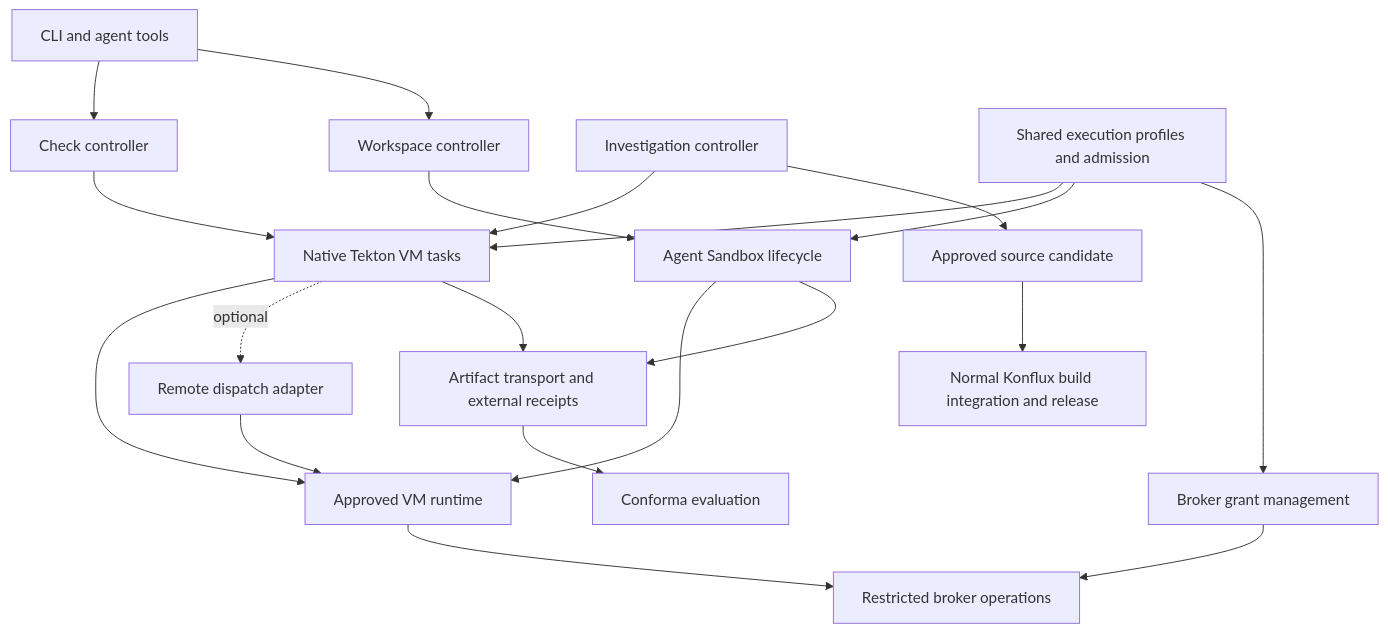
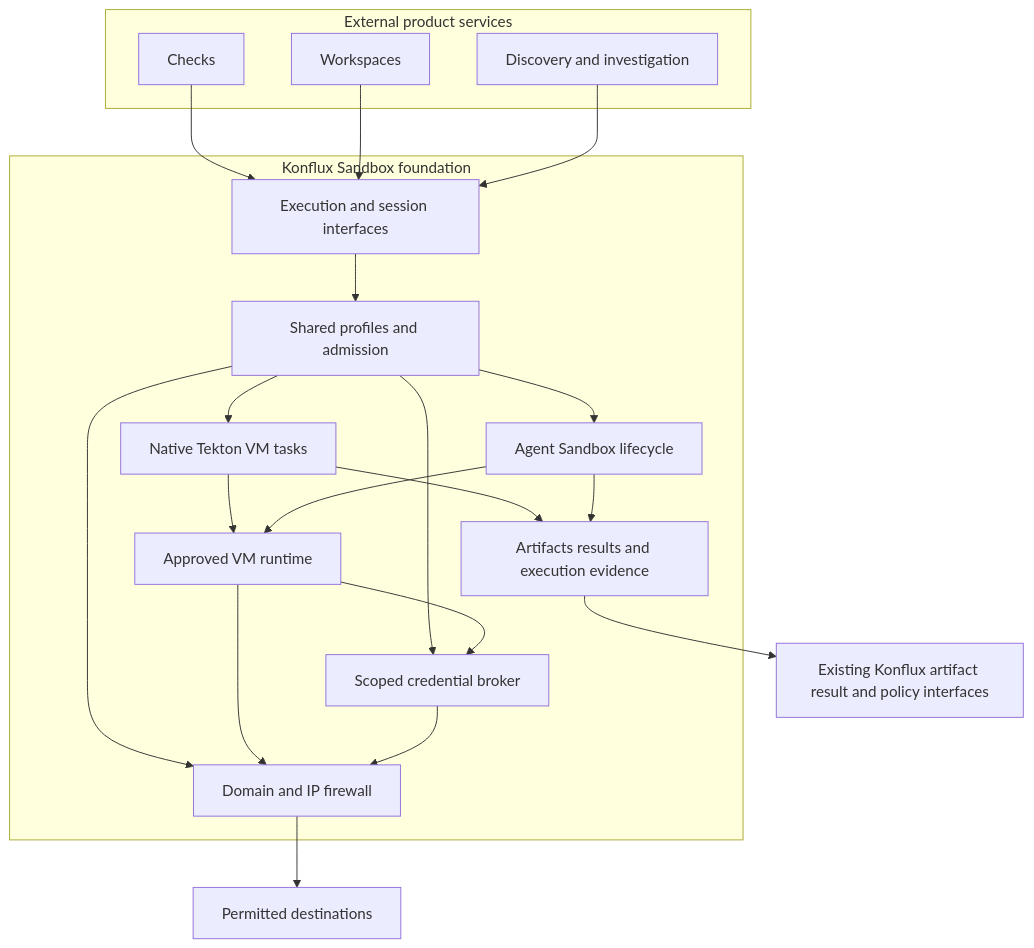
Before and after one commit to p5/konflux-sandbox: the diagram in docs/architecture.md, drawn with Mermaid. The commit also changed other lines of this file and 5 other files, not shown here.

First line of the commit message:
docs(scope): define sandbox foundation and firewall requirements

````diff
--- a/docs/architecture.md
+++ b/docs/architecture.md
@@ -46,22 +48,35 @@
 ```mermaid
 flowchart TD
-    CLI[CLI and agent tools] --> CHECK[Check controller]
-    CLI --> WS[Workspace controller]
-    CHECK --> TEKTON[Native Tekton VM tasks]
-    WS --> BACKEND[Agent Sandbox lifecycle]
-    SEC[Investigation controller] --> TEKTON
-    PROFILE[Shared execution profiles and admission] --> TEKTON
-    PROFILE --> BACKEND
-    TEKTON --> VM[Approved VM runtime]
-    BACKEND --> VM
-    TEKTON -. optional .-> REMOTE[Remote dispatch adapter]
-    REMOTE --> VM
-    PROFILE --> GRANT[Broker grant management]
-    VM --> PROXY[Restricted broker operations]
-    GRANT --> PROXY
-    TEKTON --> ART[Artifact transport and external receipts]
-    BACKEND --> ART
-    ART --> POLICY[Conforma evaluation]
-    SEC --> PROMOTE[Approved source candidate]
-    PROMOTE --> KONFLUX[Normal Konflux build integration and release]
+    subgraph CONSUMERS[External product services]
+        CHECK[Checks]
+        WS[Workspaces]
+        SEC[Discovery and investigation]
+    end
+    subgraph FOUNDATION[Konflux Sandbox foundation]
+        CONTROL[Execution and session interfaces]
+        PROFILE[Shared profiles and admission]
+        TEKTON[Native Tekton VM tasks]
+        BACKEND[Agent Sandbox lifecycle]
+        VM[Approved VM runtime]
+        FIREWALL[Domain and IP firewall]
+        BROKER[Scoped credential broker]
+        ART[Artifacts results and execution evidence]
+        CONTROL --> PROFILE
+        PROFILE --> TEKTON
+        PROFILE --> BACKEND
+        TEKTON --> VM
+        BACKEND --> VM
+        PROFILE --> FIREWALL
+        PROFILE --> BROKER
+        VM --> FIREWALL
+        VM --> BROKER
+        BROKER --> FIREWALL
+        TEKTON --> ART
+        BACKEND --> ART
+    end
+    CHECK --> CONTROL
+    WS --> CONTROL
+    SEC --> CONTROL
+    FIREWALL --> DEST[Permitted destinations]
+    ART --> KONFLUX[Existing Konflux artifact result and policy interfaces]
 ```
````
